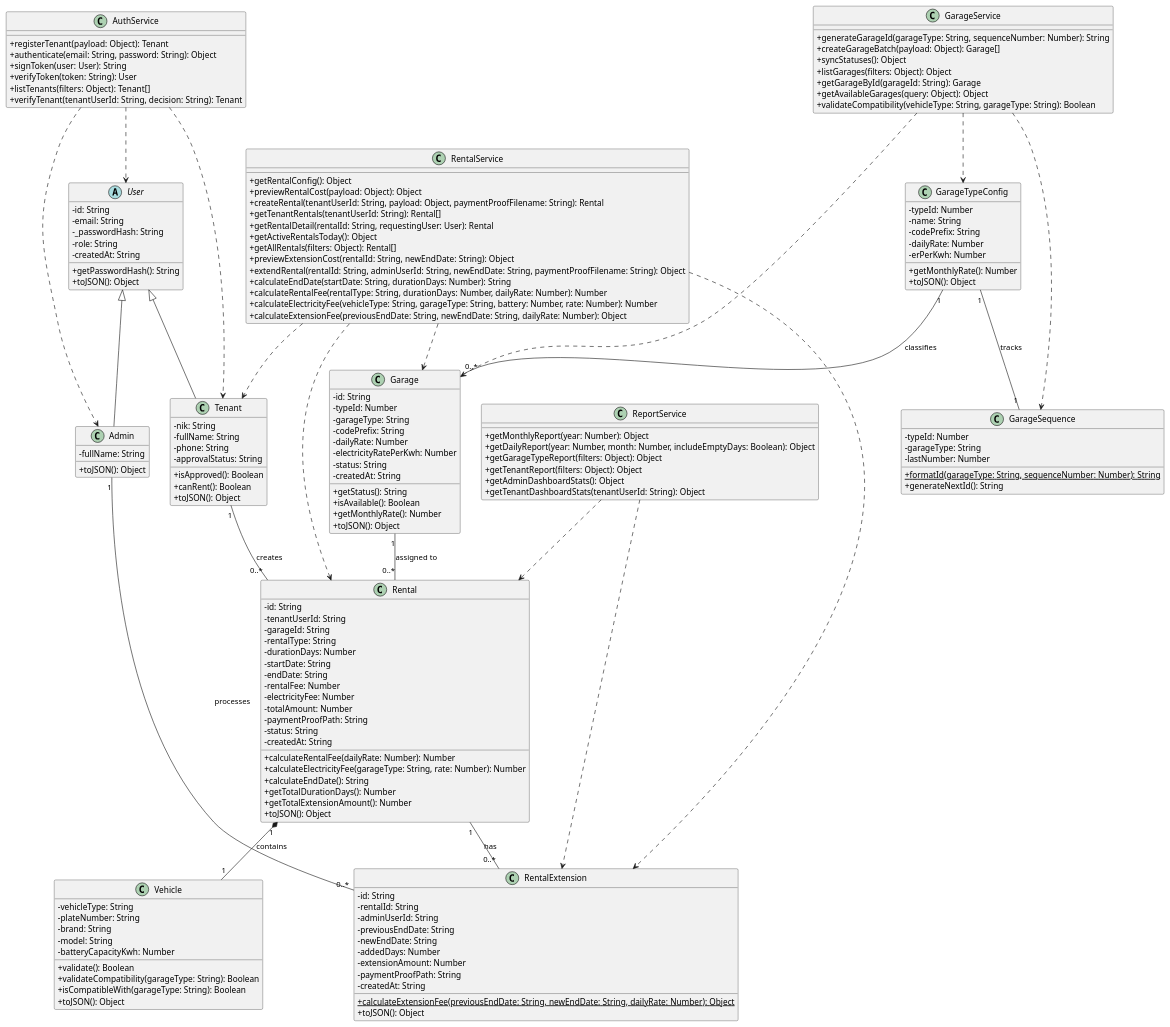
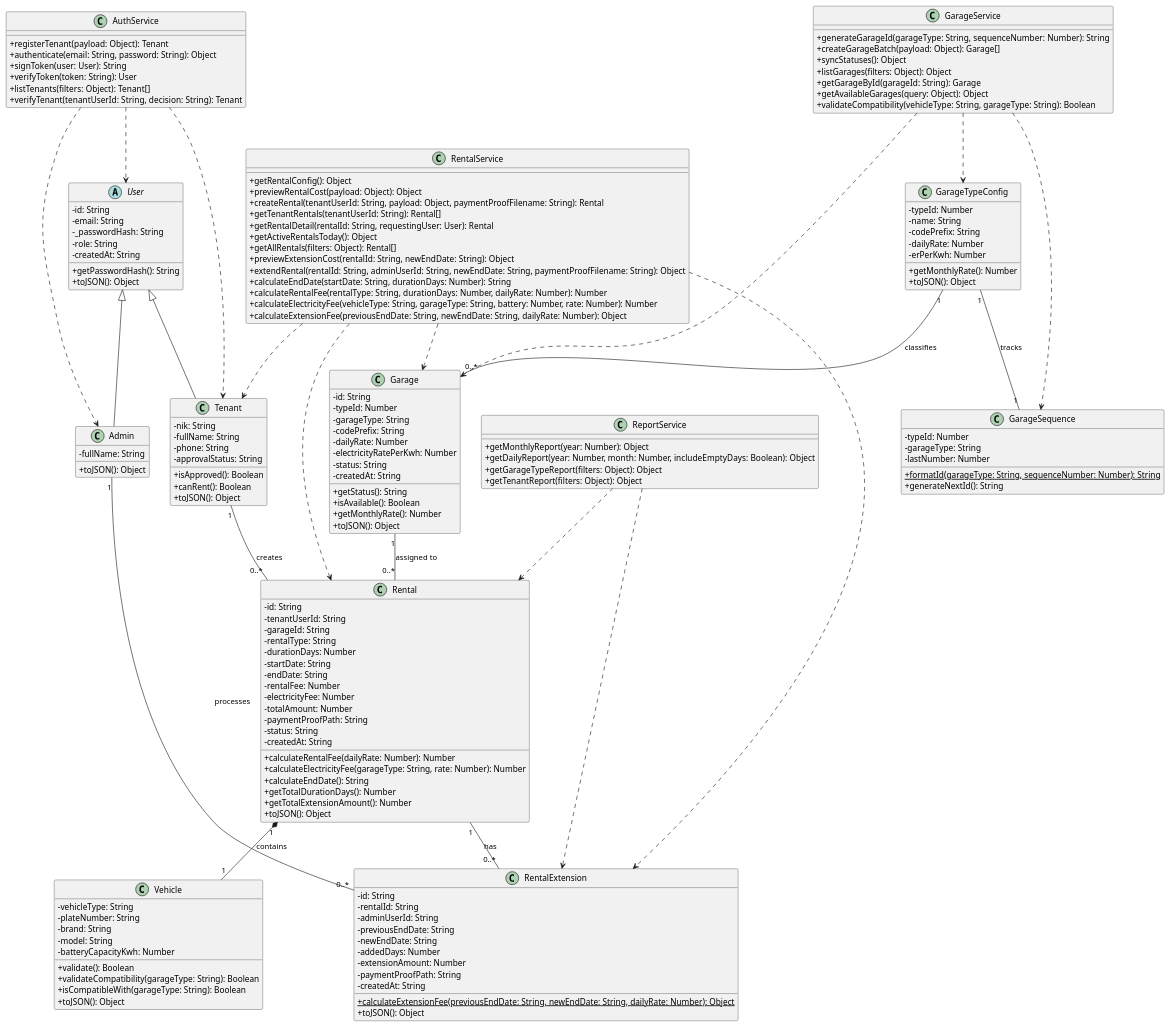
One commit to OttimonieS/MKR changed the diagram in docs/diagrams/class-diagram.puml. Above: the diagram before and after it, drawn with PlantUML. The commit also changed 19 other files, not shown here.

```diff
--- a/docs/diagrams/class-diagram.puml
+++ b/docs/diagrams/class-diagram.puml
@@ -1,180 +1,178 @@
 @startuml
 
 skinparam classAttributeIconSize 0
 
 abstract class User {
     -id: String
     -email: String
     -_passwordHash: String
     -role: String
     -createdAt: String
     +getPasswordHash(): String
     +toJSON(): Object
 }
 
 class Tenant {
     -nik: String
     -fullName: String
     -phone: String
     -approvalStatus: String
     +isApproved(): Boolean
     +canRent(): Boolean
     +toJSON(): Object
 }
 
 class Admin {
     -fullName: String
     +toJSON(): Object
 }
 
 class GarageTypeConfig {
     -typeId: Number
     -name: String
     -codePrefix: String
     -dailyRate: Number
     -erPerKwh: Number
     +getMonthlyRate(): Number
     +toJSON(): Object
 }
 
 class GarageSequence {
     -typeId: Number
     -garageType: String
     -lastNumber: Number
     +{static} formatId(garageType: String, sequenceNumber: Number): String
     +generateNextId(): String
 }
 
 class Garage {
     -id: String
     -typeId: Number
     -garageType: String
     -codePrefix: String
     -dailyRate: Number
     -electricityRatePerKwh: Number
     -status: String
     -createdAt: String
     +getStatus(): String
     +isAvailable(): Boolean
     +getMonthlyRate(): Number
     +toJSON(): Object
 }
 
 class Vehicle {
     -vehicleType: String
     -plateNumber: String
     -brand: String
     -model: String
     -batteryCapacityKwh: Number
     +validate(): Boolean
     +validateCompatibility(garageType: String): Boolean
     +isCompatibleWith(garageType: String): Boolean
     +toJSON(): Object
 }
 
 class Rental {
     -id: String
     -tenantUserId: String
     -garageId: String
     -rentalType: String
     -durationDays: Number
     -startDate: String
     -endDate: String
     -rentalFee: Number
     -electricityFee: Number
     -totalAmount: Number
     -paymentProofPath: String
     -status: String
     -createdAt: String
     +calculateRentalFee(dailyRate: Number): Number
     +calculateElectricityFee(garageType: String, rate: Number): Number
     +calculateEndDate(): String
     +getTotalDurationDays(): Number
     +getTotalExtensionAmount(): Number
     +toJSON(): Object
 }
 
 class RentalExtension {
     -id: String
     -rentalId: String
     -adminUserId: String
     -previousEndDate: String
     -newEndDate: String
     -addedDays: Number
     -extensionAmount: Number
     -paymentProofPath: String
     -createdAt: String
     +{static} calculateExtensionFee(previousEndDate: String, newEndDate: String, dailyRate: Number): Object
     +toJSON(): Object
 }
 
 class AuthService {
     +registerTenant(payload: Object): Tenant
     +authenticate(email: String, password: String): Object
     +signToken(user: User): String
     +verifyToken(token: String): User
     +listTenants(filters: Object): Tenant[]
     +verifyTenant(tenantUserId: String, decision: String): Tenant
 }
 
 class GarageService {
     +generateGarageId(garageType: String, sequenceNumber: Number): String
     +createGarageBatch(payload: Object): Garage[]
     +syncStatuses(): Object
     +listGarages(filters: Object): Object
     +getGarageById(garageId: String): Garage
     +getAvailableGarages(query: Object): Object
     +validateCompatibility(vehicleType: String, garageType: String): Boolean
 }
 
 class RentalService {
     +getRentalConfig(): Object
     +previewRentalCost(payload: Object): Object
     +createRental(tenantUserId: String, payload: Object, paymentProofFilename: String): Rental
     +getTenantRentals(tenantUserId: String): Rental[]
     +getRentalDetail(rentalId: String, requestingUser: User): Rental
     +getActiveRentalsToday(): Object
     +getAllRentals(filters: Object): Rental[]
     +previewExtensionCost(rentalId: String, newEndDate: String): Object
     +extendRental(rentalId: String, adminUserId: String, newEndDate: String, paymentProofFilename: String): Object
     +calculateEndDate(startDate: String, durationDays: Number): String
     +calculateRentalFee(rentalType: String, durationDays: Number, dailyRate: Number): Number
     +calculateElectricityFee(vehicleType: String, garageType: String, battery: Number, rate: Number): Number
     +calculateExtensionFee(previousEndDate: String, newEndDate: String, dailyRate: Number): Object
 }
 
 class ReportService {
     +getMonthlyReport(year: Number): Object
     +getDailyReport(year: Number, month: Number, includeEmptyDays: Boolean): Object
     +getGarageTypeReport(filters: Object): Object
     +getTenantReport(filters: Object): Object
-    +getAdminDashboardStats(): Object
-    +getTenantDashboardStats(tenantUserId: String): Object
 }
 
 User <|-- Tenant
 User <|-- Admin
 
 GarageTypeConfig "1" -- "1" GarageSequence : tracks
 GarageTypeConfig "1" -- "0..*" Garage : classifies
 
 Tenant "1" -- "0..*" Rental : creates
 Garage "1" -- "0..*" Rental : assigned to
 Rental "1" *-- "1" Vehicle : contains
 Rental "1" -- "0..*" RentalExtension : has
 Admin "1" -- "0..*" RentalExtension : processes
 
 AuthService ..> User
 AuthService ..> Tenant
 AuthService ..> Admin
 GarageService ..> Garage
 GarageService ..> GarageTypeConfig
 GarageService ..> GarageSequence
 RentalService ..> Rental
 RentalService ..> RentalExtension
 RentalService ..> Garage
 RentalService ..> Tenant
 ReportService ..> Rental
 ReportService ..> RentalExtension
 
 @enduml
```
